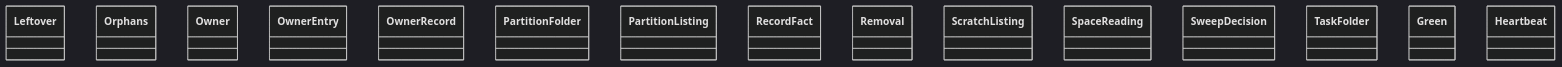
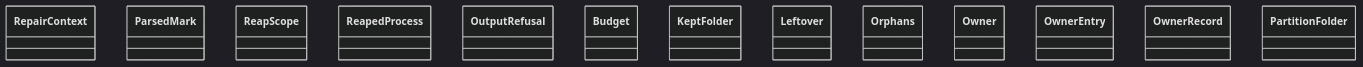
One commit to GonzaloZevallos/agentic-system changed the diagram in docs/architecture/generated/classes-process-domain-machine-3.md. Above: the diagram before and after it, drawn with Mermaid (dark theme). The commit also changed other lines of this file and 31 other files, not shown here.

````diff
--- a/docs/architecture/generated/classes-process-domain-machine-3.md
+++ b/docs/architecture/generated/classes-process-domain-machine-3.md
@@ -33,18 +34,16 @@
 ```mermaid
 classDiagram
+    class output_repair__RepairContext["RepairContext"]
+    class reaping__ParsedMark["ParsedMark"]
+    class reaping__ReapScope["ReapScope"]
+    class reaping__ReapedProcess["ReapedProcess"]
+    class refusal__OutputRefusal["OutputRefusal"]
+    class retakes__Budget["Budget"]
+    class scratch__KeptFolder["KeptFolder"]
     class scratch__Leftover["Leftover"]
     class scratch__Orphans["Orphans"]
     class scratch__Owner["Owner"]
     class scratch__OwnerEntry["OwnerEntry"]
     class scratch__OwnerRecord["OwnerRecord"]
     class scratch__PartitionFolder["PartitionFolder"]
-    class scratch__PartitionListing["PartitionListing"]
-    class scratch__RecordFact["RecordFact"]
-    class scratch__Removal["Removal"]
-    class scratch__ScratchListing["ScratchListing"]
-    class scratch__SpaceReading["SpaceReading"]
-    class scratch__SweepDecision["SweepDecision"]
-    class scratch__TaskFolder["TaskFolder"]
-    class stage0_rotation__Green["Green"]
-    class stage0_rotation__Heartbeat["Heartbeat"]
 ```
````
